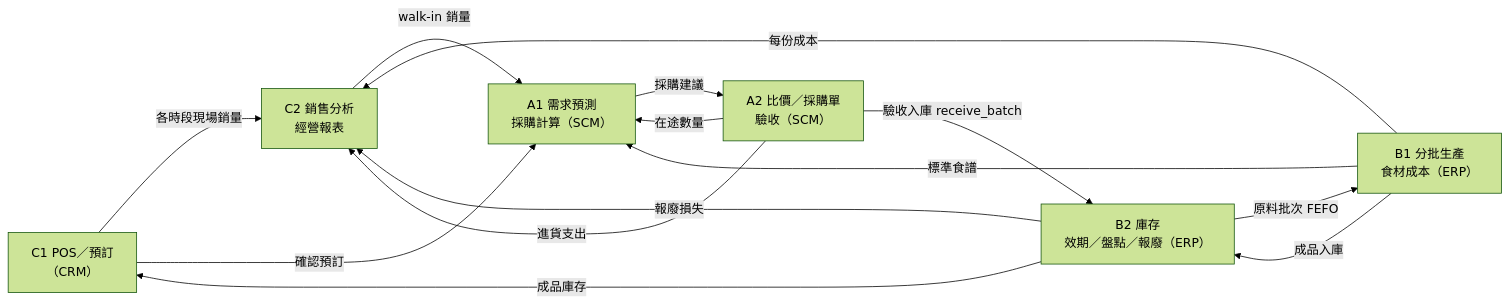
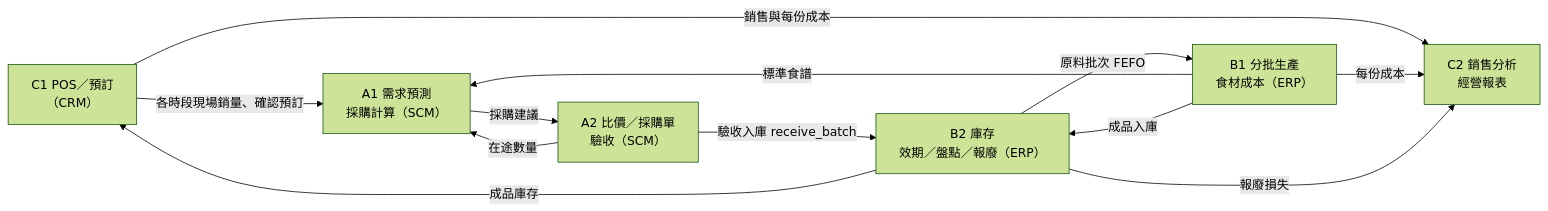
One commit to kipychb/bento-MIS changed the diagram in README.md. Above: the diagram before and after it, drawn with Mermaid (forest theme). The commit also changed other lines of this file and 35 other files, not shown here.

````diff
--- a/README.md
+++ b/README.md
@@ -29,16 +29,14 @@
 ```mermaid
 flowchart LR
-    C1["C1 POS／預訂<br/>（CRM）"] -- 各時段現場銷量 --> C2["C2 銷售分析<br/>經營報表"]
-    C2 -- walk-in 銷量 --> A1["A1 需求預測<br/>採購計算（SCM）"]
-    C1 -- 確認預訂 --> A1
+    C1["C1 POS／預訂<br/>（CRM）"] -- 銷售與每份成本 --> C2["C2 銷售分析<br/>經營報表"]
+    C1 -- 各時段現場銷量、確認預訂 --> A1["A1 需求預測<br/>採購計算（SCM）"]
     B1 -- 標準食譜 --> A1
     A1 -- 採購建議 --> A2["A2 比價／採購單<br/>驗收（SCM）"]
     A2 -- 在途數量 --> A1
     A2 -- 驗收入庫 receive_batch --> B2["B2 庫存<br/>效期／盤點／報廢（ERP）"]
     B2 -- 原料批次 FEFO --> B1["B1 分批生產<br/>食材成本（ERP）"]
     B1 -- 成品入庫 --> B2
     B2 -- 成品庫存 --> C1
     B1 -- 每份成本 --> C2
     B2 -- 報廢損失 --> C2
-    A2 -- 進貨支出 --> C2
 ```
````
